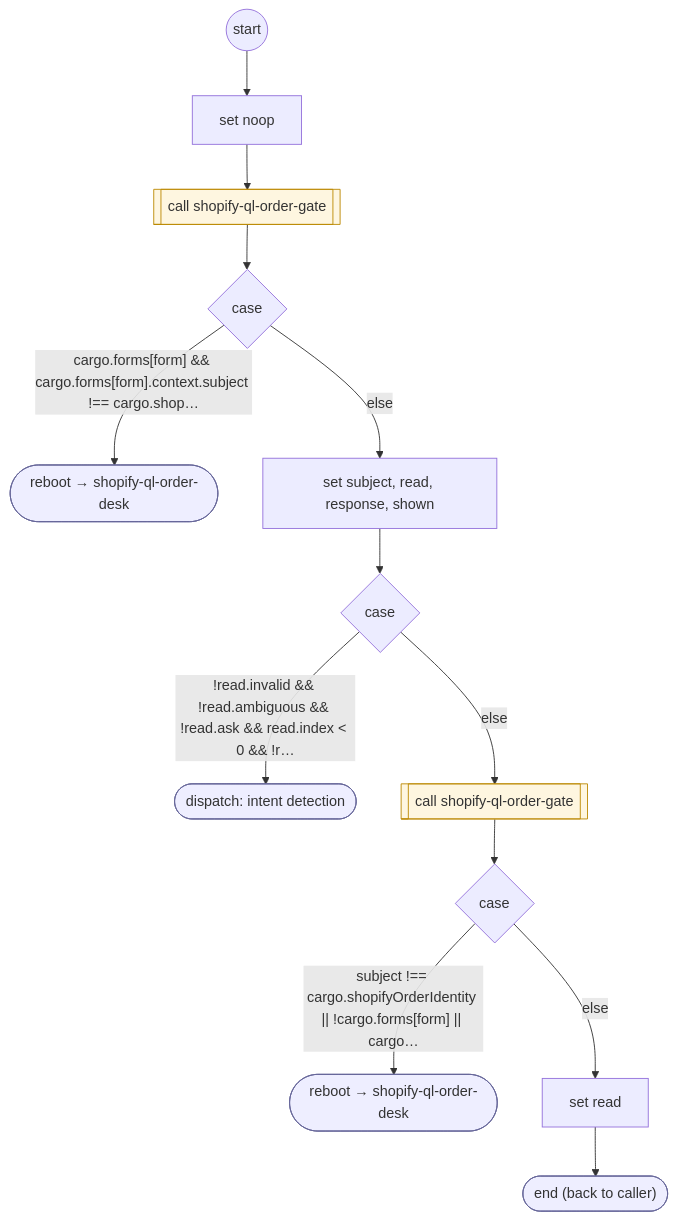
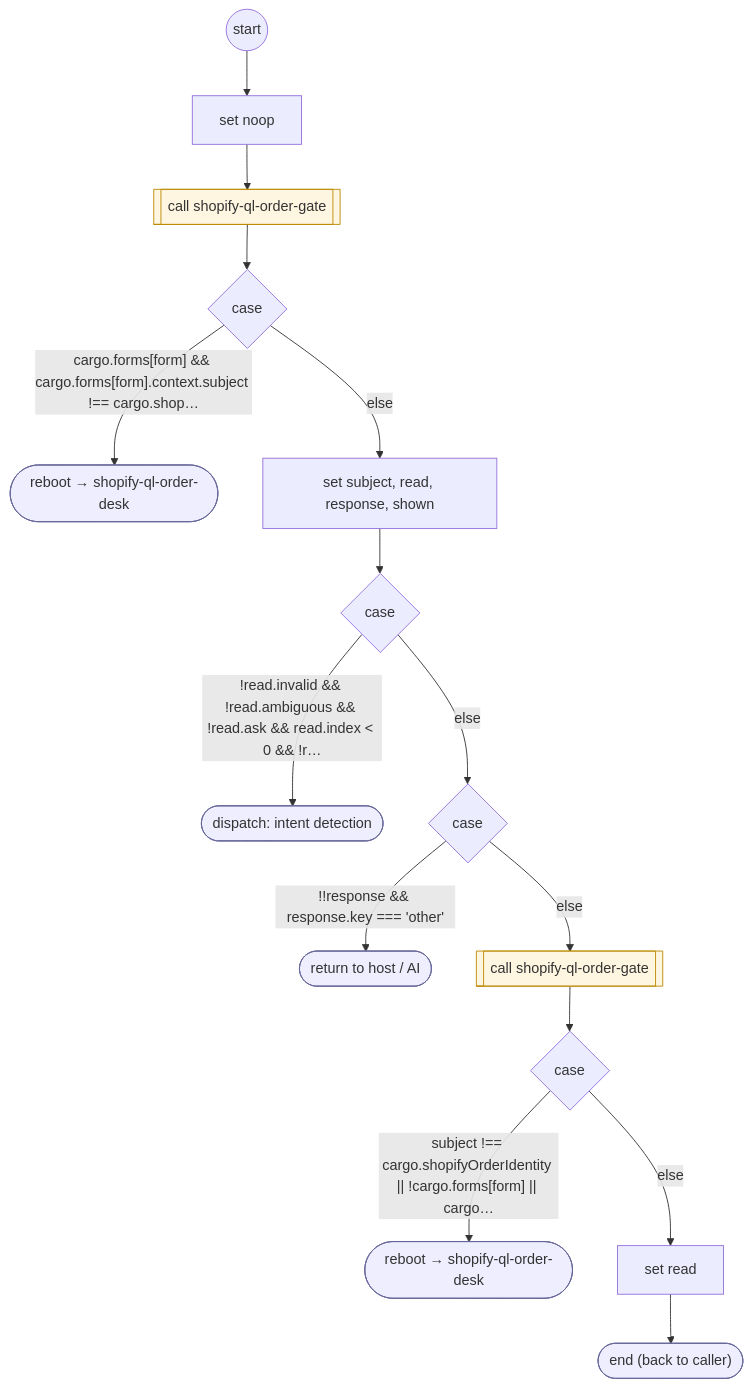
The diagram in docs/flows/shopify/shopify-ql-order-reply-check.md (ronpinkas/jsfe), drawn with Mermaid before and after one commit. The commit also changed other lines of this file and 2 other files, not shown here.

Commit message:
jsfe flows: reference copy of the prod shared sets from AIDevelopment 3a220bc

````diff
--- a/docs/flows/shopify/shopify-ql-order-reply-check.md
+++ b/docs/flows/shopify/shopify-ql-order-reply-check.md
@@ -17,38 +17,43 @@
 ```mermaid
 flowchart TD
    START(("start"))
    n0["set noop"]
    START --> n0
    n1[["call shopify-ql-order-gate"]]
    class n1 flowstep
    n0 --> n1
    c2{"case"}
    n1 --> c2
    b3(["reboot → shopify-ql-order-desk"])
    class b3 endstep
    c2 -- "cargo.forms[form] && cargo.forms[form].context.subject !== cargo.shop…" --> b3
    n4["set subject, read, response, shown"]
    c2 -- "else" --> n4
    c5{"case"}
    n4 --> c5
    b6(["dispatch: intent detection"])
    class b6 endstep
    c5 -- "!read.invalid && !read.ambiguous && !read.ask && read.index #lt; 0 && !r…" --> b6
-   n7[["call shopify-ql-order-gate"]]
-   class n7 flowstep
-   c5 -- "else" --> n7
-   c8{"case"}
-   n7 --> c8
-   b9(["reboot → shopify-ql-order-desk"])
-   class b9 endstep
-   c8 -- "subject !== cargo.shopifyOrderIdentity #124;#124; !cargo.forms[form] #124;#124; cargo…" --> b9
-   n10["set read"]
-   c8 -- "else" --> n10
+   c7{"case"}
+   c5 -- "else" --> c7
+   b8(["return to host / AI"])
+   class b8 endstep
+   c7 -- "!!response && response.key === 'other'" --> b8
+   n9[["call shopify-ql-order-gate"]]
+   class n9 flowstep
+   c7 -- "else" --> n9
+   c10{"case"}
+   n9 --> c10
+   b11(["reboot → shopify-ql-order-desk"])
+   class b11 endstep
+   c10 -- "subject !== cargo.shopifyOrderIdentity #124;#124; !cargo.forms[form] #124;#124; cargo…" --> b11
+   n12["set read"]
+   c10 -- "else" --> n12
    DONE(["end (back to caller)"])
    class DONE endstep
-   n10 --> DONE
+   n12 --> DONE
    classDef endstep fill:#eef,stroke:#669
    classDef toolstep fill:#efe,stroke:#696
    classDef flowstep fill:#fef6e0,stroke:#b80
    classDef inputstep fill:#f3eefc,stroke:#75a
 ```
````
